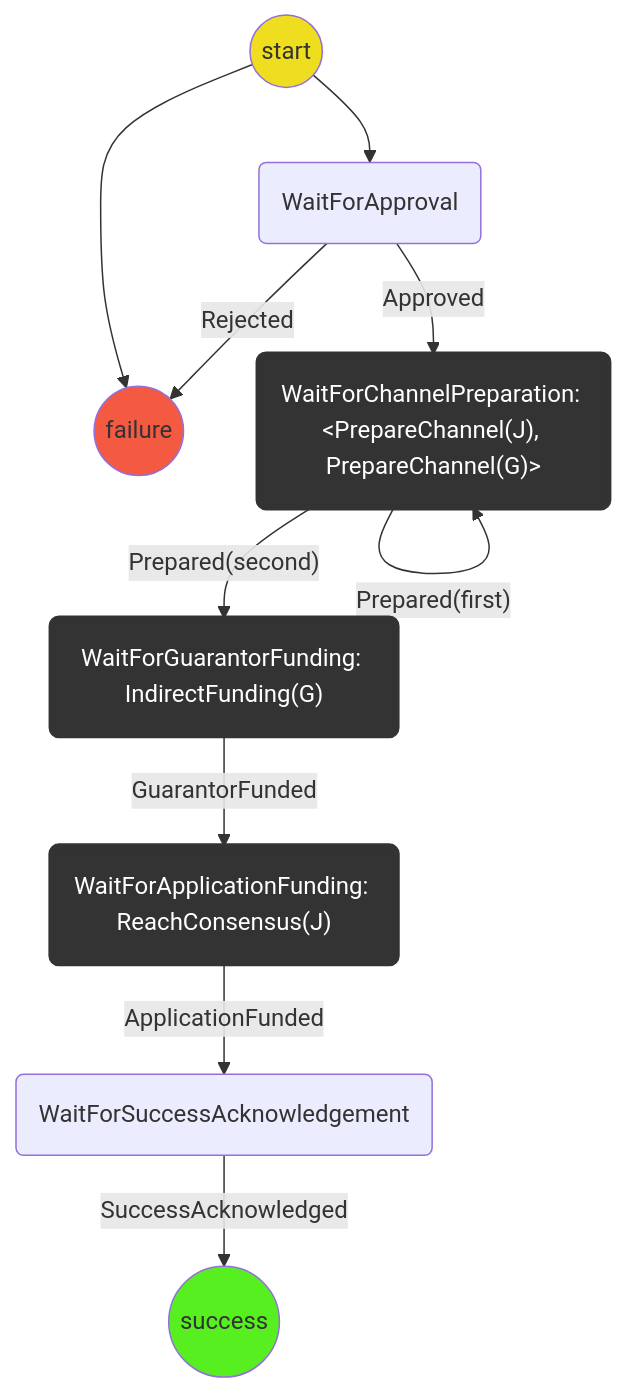
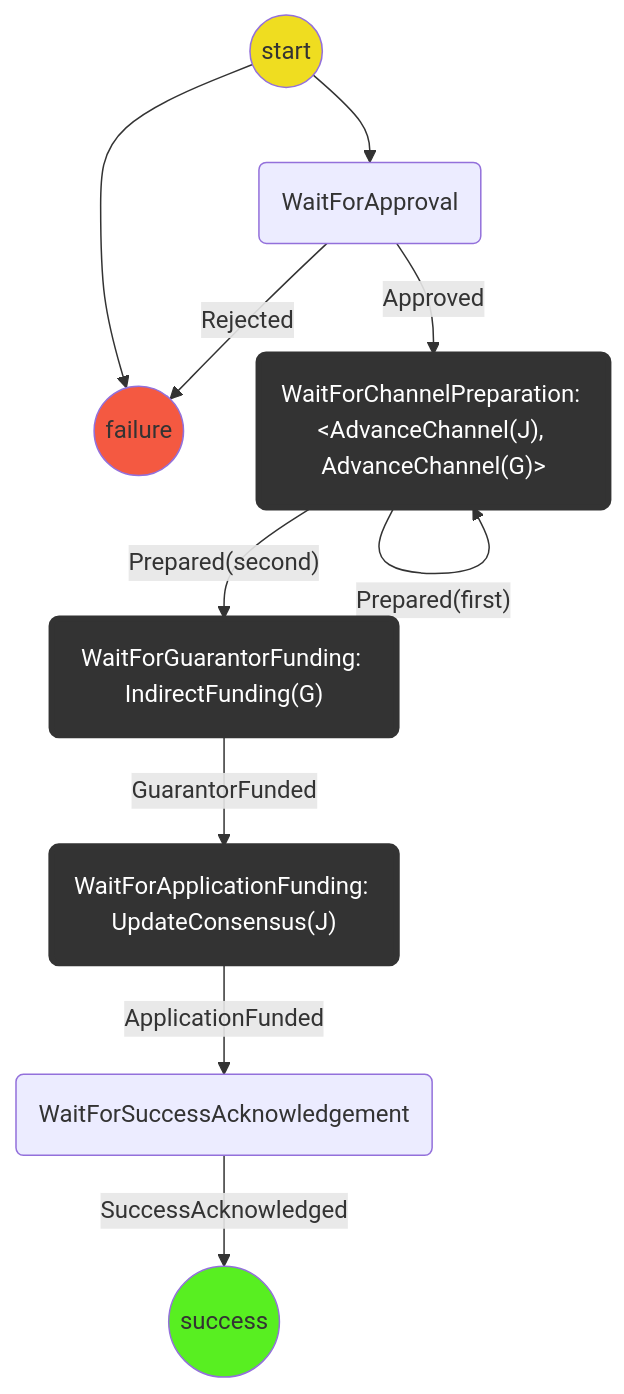
The second of 2 diagrams in packages/wallet/src/redux/protocols/virtual-funding/readme.md (magmo/apps), drawn with Mermaid before and after one commit. The commit also changed other lines of this file, not shown here.

````diff
--- a/packages/wallet/src/redux/protocols/virtual-funding/readme.md
+++ b/packages/wallet/src/redux/protocols/virtual-funding/readme.md
@@ -73,28 +73,28 @@
 ```mermaid
 graph TD
 linkStyle default interpolate basis
   St((start)) --> F((failure))
   St((start)) --> WFAp(WaitForApproval)
-  WFAp --> |Approved| WFOC("WaitForChannelPreparation: #60;PrepareChannel(J), PrepareChannel(G)#62;")
+  WFAp --> |Approved| WFOC("WaitForChannelPreparation: #60;AdvanceChannel(J), AdvanceChannel(G)#62;")
 
   WFOC --> |"Prepared(first)"| WFOC
   WFOC --> |"Prepared(second)"| WFGF("WaitForGuarantorFunding: IndirectFunding(G)")
 
-  WFGF --> |GuarantorFunded| WFAF("WaitForApplicationFunding: ReachConsensus(J)")
+  WFGF --> |GuarantorFunded| WFAF("WaitForApplicationFunding: UpdateConsensus(J)")
   WFAF --> |ApplicationFunded| WFSA(WaitForSuccessAcknowledgement)
   WFSA --> |SuccessAcknowledged| S((success))
   WFAp --> |Rejected| F((failure))
 
   classDef logic fill:#efdd20;
   classDef Success fill:#58ef21;
   classDef Failure fill:#f45941;
   classDef WaitForChildProtocol stroke:#333,stroke-width:4px,color:#ffff,fill:#333;
   class St logic;
   class S Success;
   class F Failure;
   class Fi WaitForChildProtocol
   class WFOC WaitForChildProtocol
   class WFJ WaitForChildProtocol
   class WFAF WaitForChildProtocol
   class WFGF WaitForChildProtocol
 ```
````
